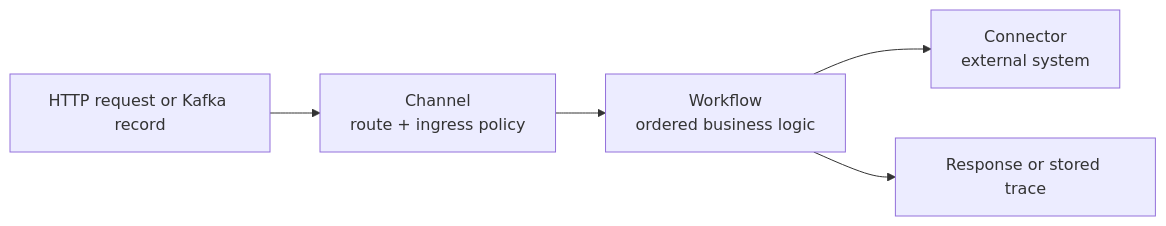
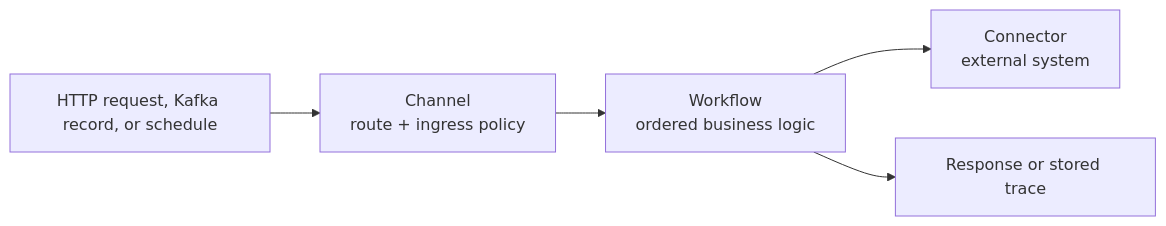
The first of 2 diagrams in README.md (GoPlasmatic/Orion), drawn with Mermaid before and after one commit. The commit also changed other lines of this file and 103 other files, not shown here.

````diff
--- a/README.md
+++ b/README.md
@@ -84,8 +84,8 @@
 ```mermaid
 flowchart LR
-    Request["HTTP request or Kafka record"] --> Channel
+    Request["HTTP request, Kafka record, or schedule"] --> Channel
     Channel["Channel<br/>route + ingress policy"] --> Workflow
     Workflow["Workflow<br/>ordered business logic"] --> Connector
     Connector["Connector<br/>external system"]
     Workflow --> Response["Response or stored trace"]
 ```
````
